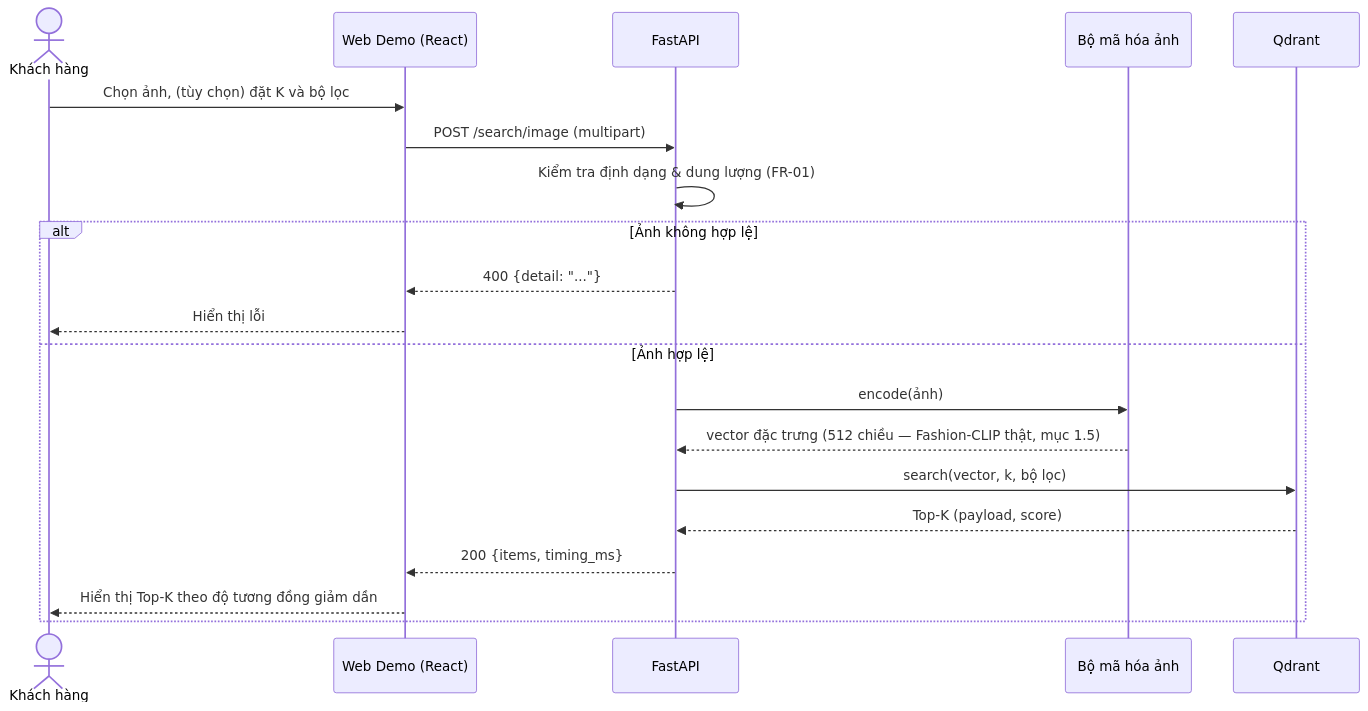
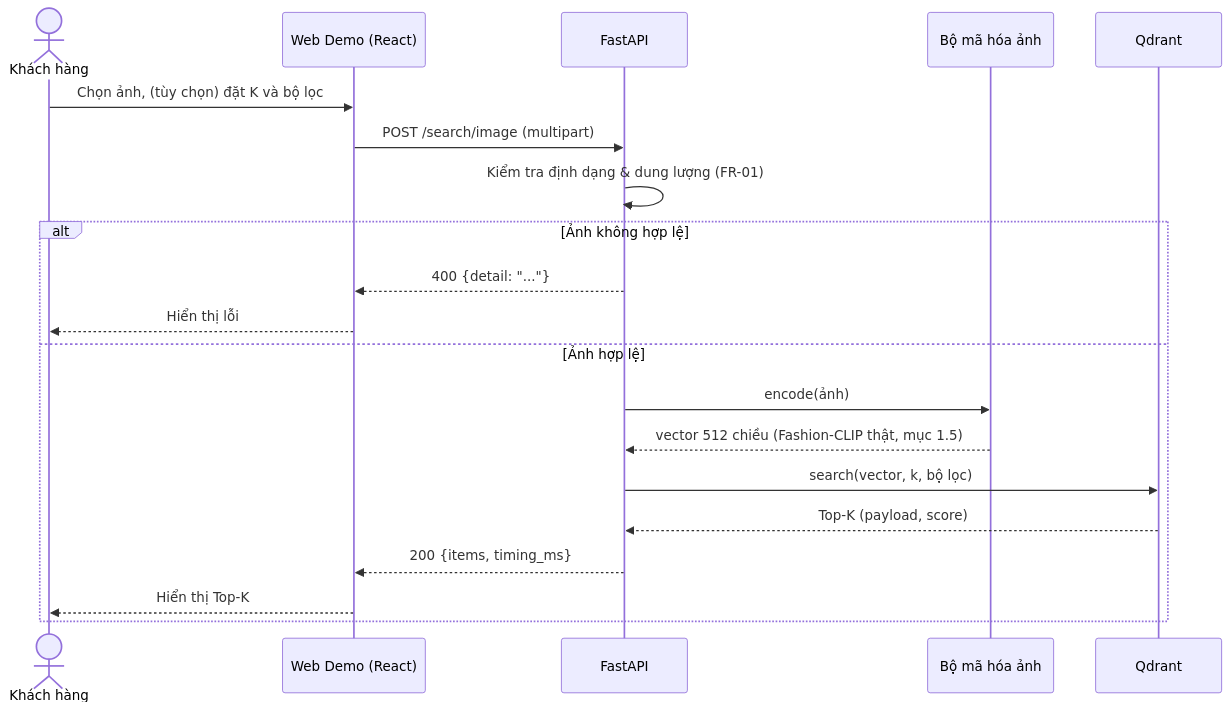
One commit to hotdua147/SoftwareEngineering changed the fourth of 5 diagrams in README.md. Above: the diagram before and after it, drawn with Mermaid. The commit also changed other lines of this file, not shown here.

````diff
--- a/README.md
+++ b/README.md
@@ -279,23 +189,23 @@
 ```mermaid
 sequenceDiagram
     actor KH as Khách hàng
     participant WEB as Web Demo (React)
     participant API as FastAPI
     participant ENC as Bộ mã hóa ảnh
     participant DB as Qdrant
 
     KH->>WEB: Chọn ảnh, (tùy chọn) đặt K và bộ lọc
     WEB->>API: POST /search/image (multipart)
     API->>API: Kiểm tra định dạng & dung lượng (FR-01)
     alt Ảnh không hợp lệ
         API-->>WEB: 400 {detail: "..."}
         WEB-->>KH: Hiển thị lỗi
     else Ảnh hợp lệ
         API->>ENC: encode(ảnh)
-        ENC-->>API: vector đặc trưng (512 chiều — Fashion-CLIP thật, mục 1.5)
+        ENC-->>API: vector 512 chiều (Fashion-CLIP thật, mục 1.5)
         API->>DB: search(vector, k, bộ lọc)
         DB-->>API: Top-K (payload, score)
         API-->>WEB: 200 {items, timing_ms}
-        WEB-->>KH: Hiển thị Top-K theo độ tương đồng giảm dần
+        WEB-->>KH: Hiển thị Top-K
     end
 ```
````
